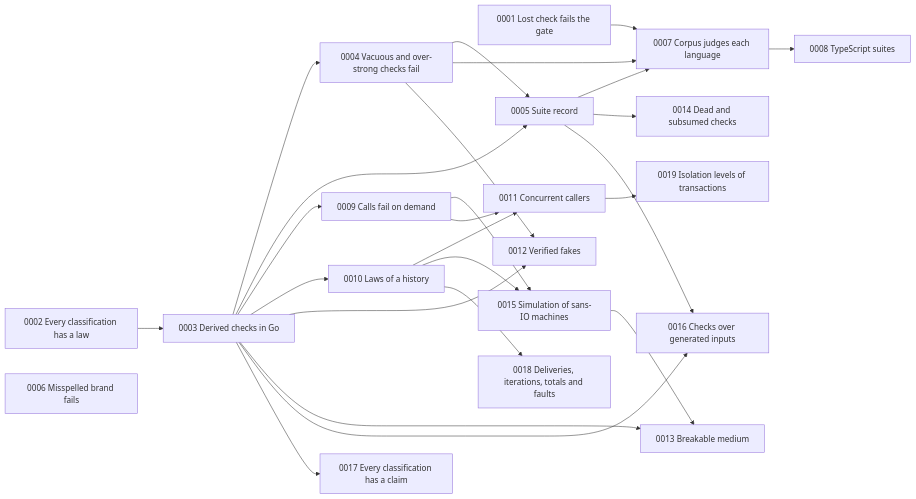
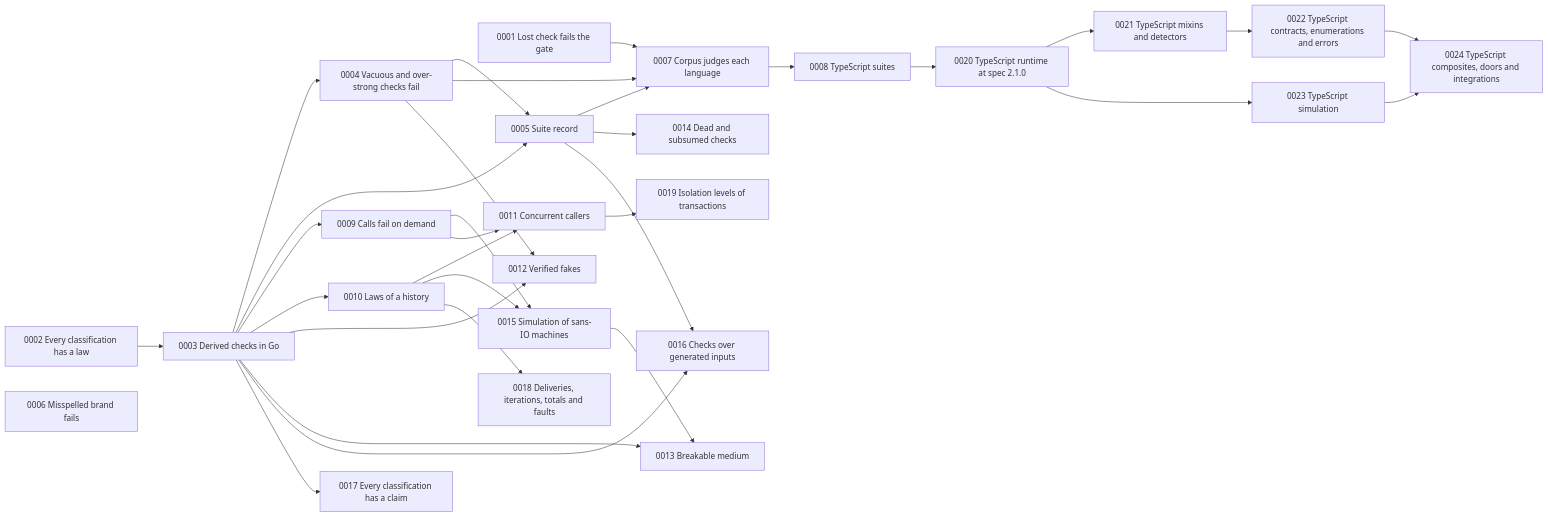
The diagram in docs/roadmap/README.md (dokimasia/dokimi), drawn with Mermaid before and after one commit. The commit also changed other lines of this file and 17 other files, not shown here.

````diff
--- a/docs/roadmap/README.md
+++ b/docs/roadmap/README.md
@@ -10,46 +10,57 @@
 ```mermaid
 flowchart LR
     M0001[0001 Lost check fails the gate]
     M0002[0002 Every classification has a law]
     M0003[0003 Derived checks in Go]
     M0004[0004 Vacuous and over-strong checks fail]
     M0005[0005 Suite record]
     M0006[0006 Misspelled brand fails]
     M0007[0007 Corpus judges each language]
     M0008[0008 TypeScript suites]
     M0009[0009 Calls fail on demand]
     M0010[0010 Laws of a history]
     M0011[0011 Concurrent callers]
     M0012[0012 Verified fakes]
     M0013[0013 Breakable medium]
     M0014[0014 Dead and subsumed checks]
     M0015[0015 Simulation of sans-IO machines]
     M0016[0016 Checks over generated inputs]
     M0017[0017 Every classification has a claim]
     M0018[0018 Deliveries, iterations, totals and faults]
     M0019[0019 Isolation levels of transactions]
+    M0020[0020 TypeScript runtime at spec 2.1.0]
+    M0021[0021 TypeScript mixins and detectors]
+    M0022[0022 TypeScript contracts, enumerations and errors]
+    M0023[0023 TypeScript simulation]
+    M0024[0024 TypeScript composites, doors and integrations]
     M0002 --> M0003
     M0003 --> M0004
     M0003 --> M0005
     M0004 --> M0005
     M0001 --> M0007
     M0004 --> M0007
     M0005 --> M0007
     M0007 --> M0008
     M0003 --> M0009
     M0003 --> M0010
     M0010 --> M0011
     M0003 --> M0012
     M0004 --> M0012
     M0003 --> M0013
     M0015 --> M0013
     M0005 --> M0014
     M0009 --> M0015
     M0010 --> M0015
     M0003 --> M0016
     M0005 --> M0016
     M0003 --> M0017
     M0009 --> M0011
     M0010 --> M0018
     M0011 --> M0019
+    M0008 --> M0020
+    M0020 --> M0021
+    M0021 --> M0022
+    M0020 --> M0023
+    M0022 --> M0024
+    M0023 --> M0024
 ```
````
